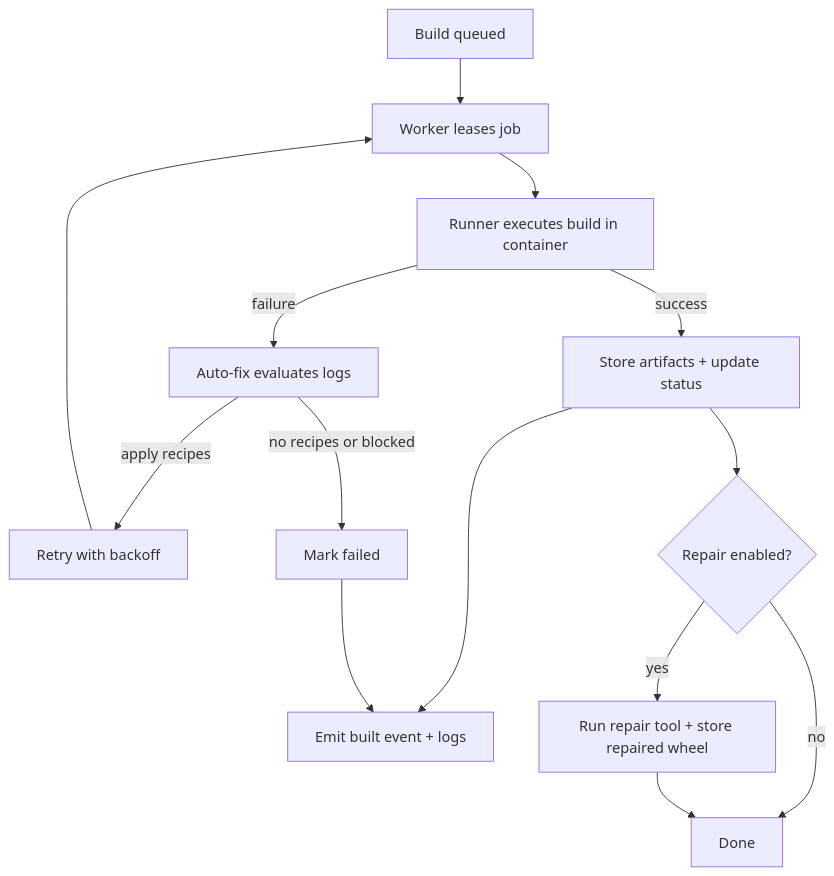
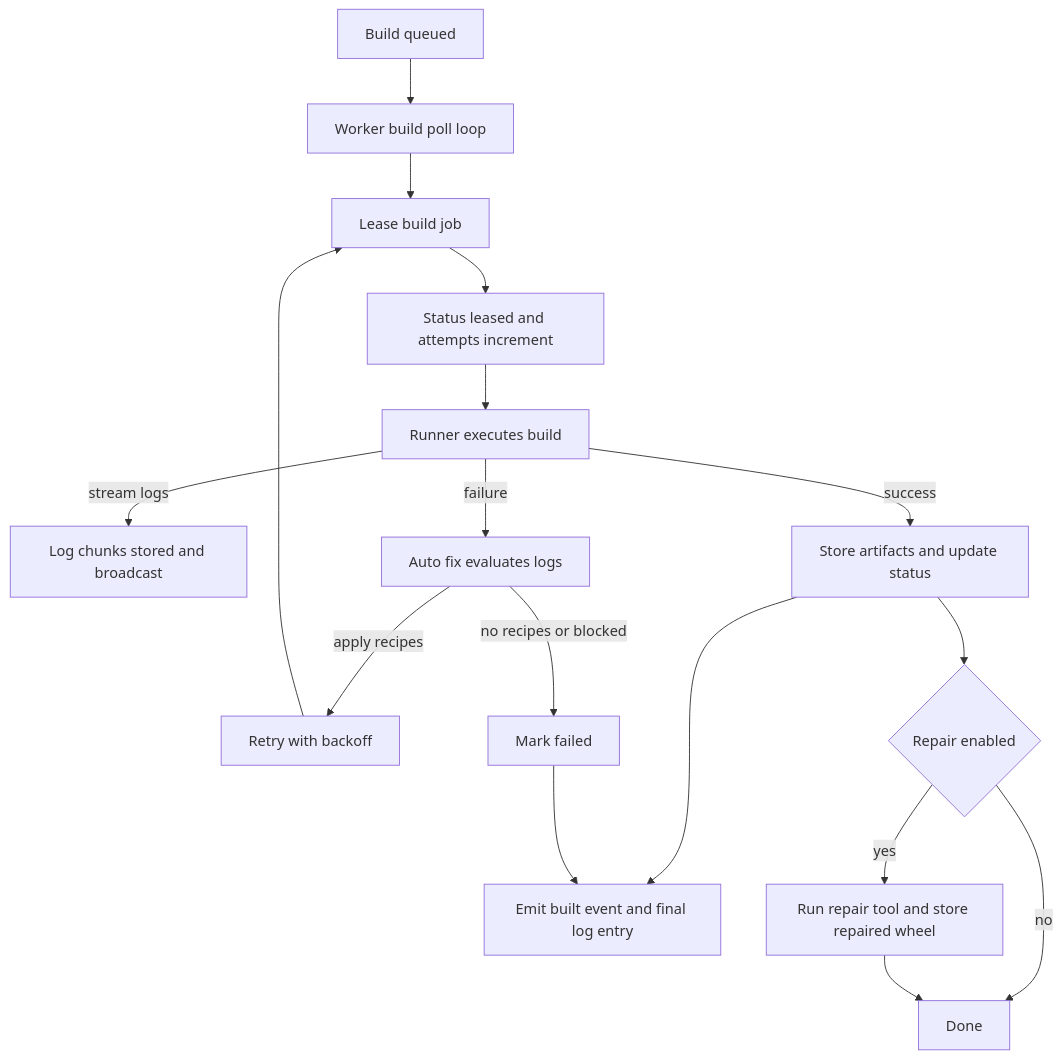
One commit to k8ika0s/s390x-wheel-refinery changed the diagram in docs/diagrams/automatic-build-workflow.mmd. Above: the diagram before and after it, drawn with Mermaid. The commit also changed 4 other files, not shown here.

Commit message:
Docs: expand automation system and update diagrams

```diff
--- a/docs/diagrams/automatic-build-workflow.mmd
+++ b/docs/diagrams/automatic-build-workflow.mmd
@@ -1,14 +1,17 @@
 flowchart TD
-  A[Build queued] --> B[Worker leases job]
-  B --> C[Runner executes build in container]
-  C -->|success| D[Store artifacts + update status]
-  D --> E[Emit built event + logs]
-  C -->|failure| F[Auto-fix evaluates logs]
-  F -->|apply recipes| G[Retry with backoff]
-  G --> B
-  F -->|no recipes or blocked| H[Mark failed]
-  H --> E
-  D --> I{Repair enabled?}
-  I -->|yes| J[Run repair tool + store repaired wheel]
-  I -->|no| K[Done]
-  J --> K
+  A[Build queued] --> B[Worker build poll loop]
+  B --> C[Lease build job]
+  C --> D[Status leased and attempts increment]
+  D --> E[Runner executes build]
+  E -->|stream logs| F[Log chunks stored and broadcast]
+  E -->|success| G[Store artifacts and update status]
+  G --> H[Emit built event and final log entry]
+  E -->|failure| I[Auto fix evaluates logs]
+  I -->|apply recipes| J[Retry with backoff]
+  J --> C
+  I -->|no recipes or blocked| K[Mark failed]
+  K --> H
+  G --> L{Repair enabled}
+  L -->|yes| M[Run repair tool and store repaired wheel]
+  L -->|no| N[Done]
+  M --> N
```
